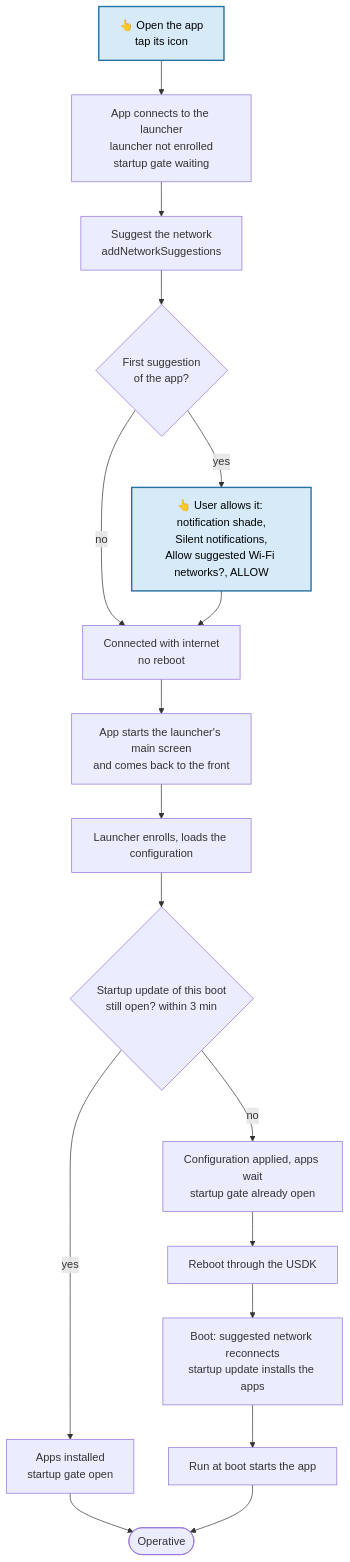
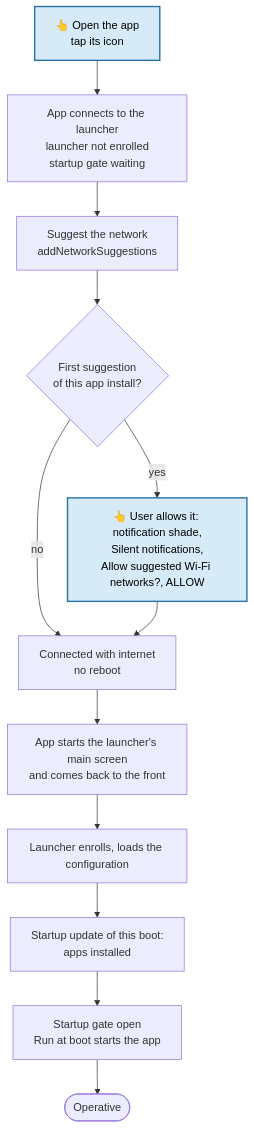
The fifth of 5 diagrams in docs/wifi-setup.md (rch-fw/HmdmChangeDeviceNumber), drawn with Mermaid before and after one commit. The commit also changed other lines of this file and 5 other files, not shown here.

First line of the commit message:
Sample app 1.18: target SDK 28 and WiFi through addNetwork; docs for launcher 6.54

````diff
--- a/docs/wifi-setup.md
+++ b/docs/wifi-setup.md
@@ -243,21 +319,16 @@
 ```mermaid
 flowchart TD
     A[👆 Open the app<br/>tap its icon] --> B[App connects to the launcher<br/>launcher not enrolled<br/>startup gate waiting]
     B --> C[Suggest the network<br/>addNetworkSuggestions]
-    C --> D{First suggestion<br/>of the app?}
+    C --> D{First suggestion<br/>of this app install?}
     D -- yes --> E[👆 User allows it: notification shade,<br/>Silent notifications,<br/>Allow suggested Wi-Fi networks?, ALLOW]
     D -- no --> F
     E --> F[Connected with internet<br/>no reboot]
     F --> G[App starts the launcher's main screen<br/>and comes back to the front]
     G --> H[Launcher enrolls, loads the configuration]
-    H --> I{Startup update of this boot<br/>still open? within 3 min}
-    I -- yes --> J[Apps installed<br/>startup gate open]
+    H --> I[Startup update of this boot:<br/>apps installed]
+    I --> J[Startup gate open<br/>Run at boot starts the app]
     J --> P([Operative])
-    I -- no --> L[Configuration applied, apps wait<br/>startup gate already open]
-    L --> M[Reboot through the USDK]
-    M --> N[Boot: suggested network reconnects<br/>startup update installs the apps]
-    N --> O[Run at boot starts the app]
-    O --> P
     classDef user fill:#d6eaf8,stroke:#2471a3,stroke-width:2px,color:#000
     class A,E user
 ```
````
